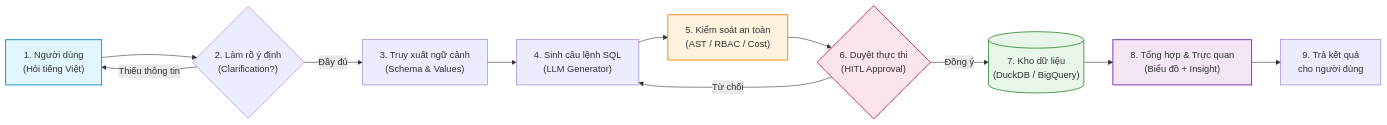
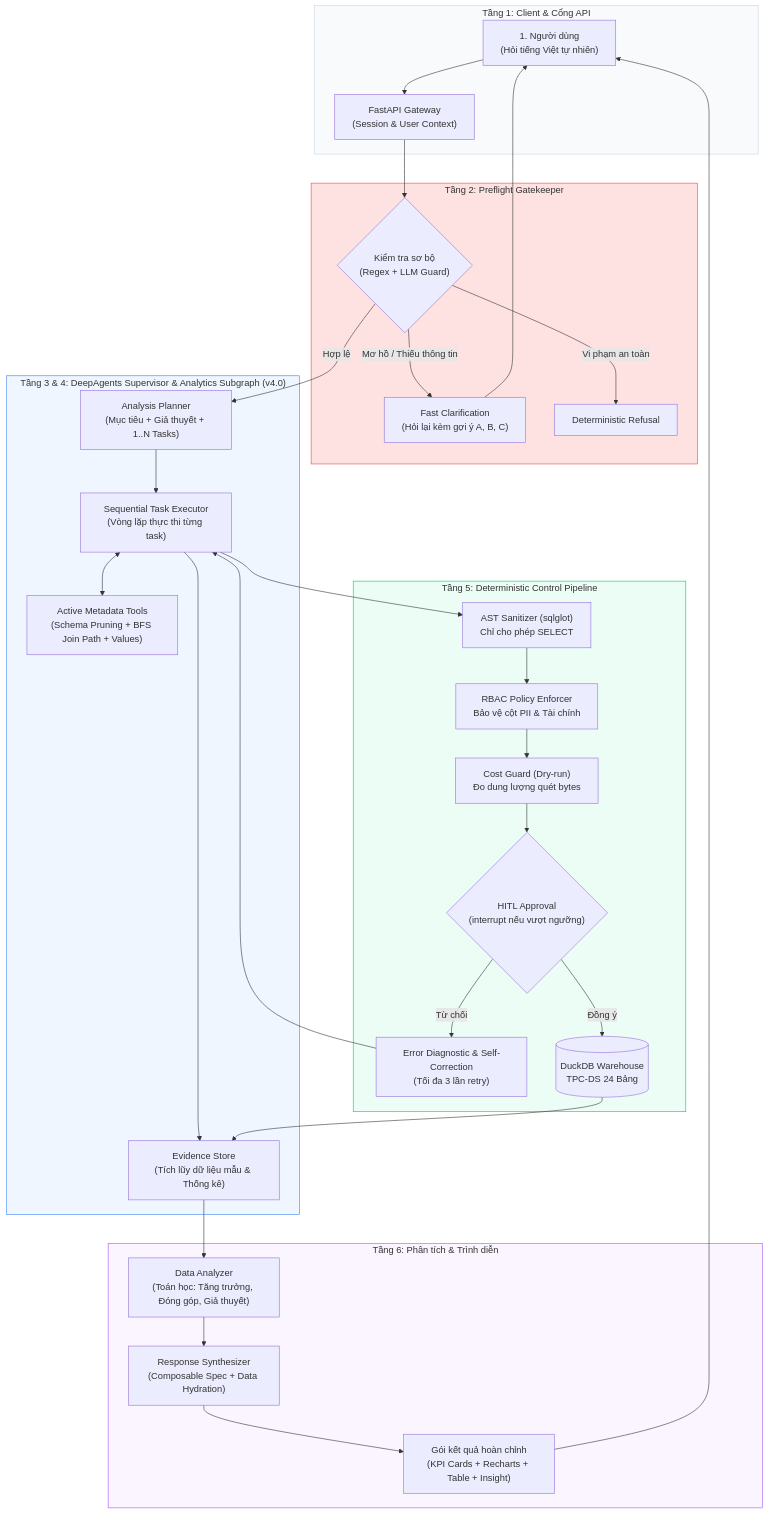
The diagram in docs/TOM_TAT_DO_AN.md (Bonkaaa/Text2SQL-AI-Agent), drawn with Mermaid before and after one commit. The commit also changed other lines of this file and 10 other files, not shown here.

Commit message:
docs: update architecture v4, prd, migration plan, and thesis chapter 1

````diff
--- a/docs/TOM_TAT_DO_AN.md
+++ b/docs/TOM_TAT_DO_AN.md
@@ -32,19 +38,44 @@
 ```mermaid
-flowchart LR
-    A["1. Người dùng<br/>(Hỏi tiếng Việt)"] --> B{"2. Làm rõ ý định<br/>(Clarification?)"}
-    B -- "Thiếu thông tin" --> A
-    B -- "Đầy đủ" --> C["3. Truy xuất ngữ cảnh<br/>(Schema & Values)"]
-    C --> D["4. Sinh câu lệnh SQL<br/>(LLM Generator)"]
-    D --> E["5. Kiểm soát an toàn<br/>(AST / RBAC / Cost)"]
-    E --> F{"6. Duyệt thực thi<br/>(HITL Approval)"}
-    F -- "Từ chối" --> D
-    F -- "Đồng ý" --> G[("7. Kho dữ liệu<br/>(DuckDB / BigQuery)")]
-    G --> H["8. Tổng hợp & Trực quan<br/>(Biểu đồ + Insight)"]
-    H --> I["9. Trả kết quả<br/>cho người dùng"]
+flowchart TD
+    subgraph T1 ["Tầng 1: Client & Cổng API"]
+        A["1. Người dùng<br/>(Hỏi tiếng Việt tự nhiên)"] --> B["FastAPI Gateway<br/>(Session & User Context)"]
+    end
 
-    style A fill:#e1f5fe,stroke:#0288d1,stroke-width:1.5px
-    style E fill:#fff3e0,stroke:#f57c00,stroke-width:1.5px
-    style F fill:#fce4ec,stroke:#c2185b,stroke-width:1.5px
-    style G fill:#e8f5e9,stroke:#388e3c,stroke-width:1.5px
-    style H fill:#f3e5f5,stroke:#7b1fa2,stroke-width:1.5px
+    subgraph T2 ["Tầng 2: Preflight Gatekeeper"]
+        B --> C{"Kiểm tra sơ bộ<br/>(Regex + LLM Guard)"}
+        C -- "Mơ hồ / Thiếu thông tin" --> D["Fast Clarification<br/>(Hỏi lại kèm gợi ý A, B, C)"]
+        D --> A
+        C -- "Vi phạm an toàn" --> E["Deterministic Refusal"]
+    end
+
+    subgraph T3 ["Tầng 3 & 4: DeepAgents Supervisor & Analytics Subgraph (v4.0)"]
+        C -- "Hợp lệ" --> F["Analysis Planner<br/>(Mục tiêu + Giả thuyết + 1..N Tasks)"]
+        F --> G["Sequential Task Executor<br/>(Vòng lặp thực thi từng task)"]
+        G <--> H["Active Metadata Tools<br/>(Schema Pruning + BFS Join Path + Values)"]
+        G --> I["Evidence Store<br/>(Tích lũy dữ liệu mẫu & Thống kê)"]
+    end
+
+    subgraph T5 ["Tầng 5: Deterministic Control Pipeline"]
+        G --> J["AST Sanitizer (sqlglot)<br/>Chỉ cho phép SELECT"]
+        J --> K["RBAC Policy Enforcer<br/>Bảo vệ cột PII & Tài chính"]
+        K --> L["Cost Guard (Dry-run)<br/>Đo dung lượng quét bytes"]
+        L --> M{"HITL Approval<br/>(interrupt nếu vượt ngưỡng)"}
+        M -- "Từ chối" --> N["Error Diagnostic & Self-Correction<br/>(Tối đa 3 lần retry)"]
+        N --> G
+        M -- "Đồng ý" --> O[("DuckDB Warehouse<br/>TPC-DS 24 Bảng")]
+        O --> I
+    end
+
+    subgraph T6 ["Tầng 6: Phân tích & Trình diễn"]
+        I --> P["Data Analyzer<br/>(Toán học: Tăng trưởng, Đóng góp, Giả thuyết)"]
+        P --> Q["Response Synthesizer<br/>(Composable Spec + Data Hydration)"]
+        Q --> R["Gói kết quả hoàn chỉnh<br/>(KPI Cards + Recharts + Table + Insight)"]
+        R --> A
+    end
+
+    style T1 fill:#f8fafc,stroke:#cbd5e1
+    style T2 fill:#fee2e2,stroke:#ef4444
+    style T3 fill:#eff6ff,stroke:#3b82f6
+    style T5 fill:#ecfdf5,stroke:#10b981
+    style T6 fill:#faf5ff,stroke:#a855f7
 ```
````
